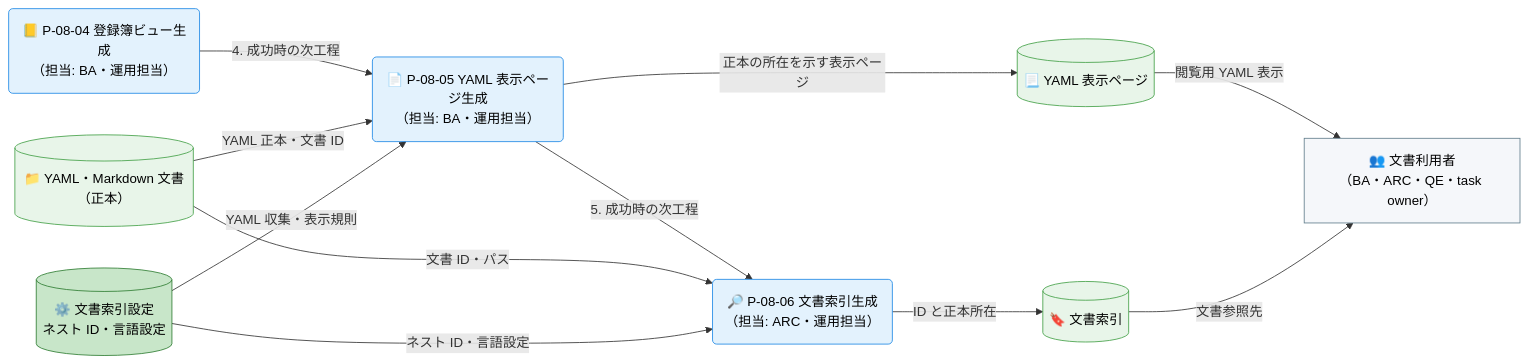
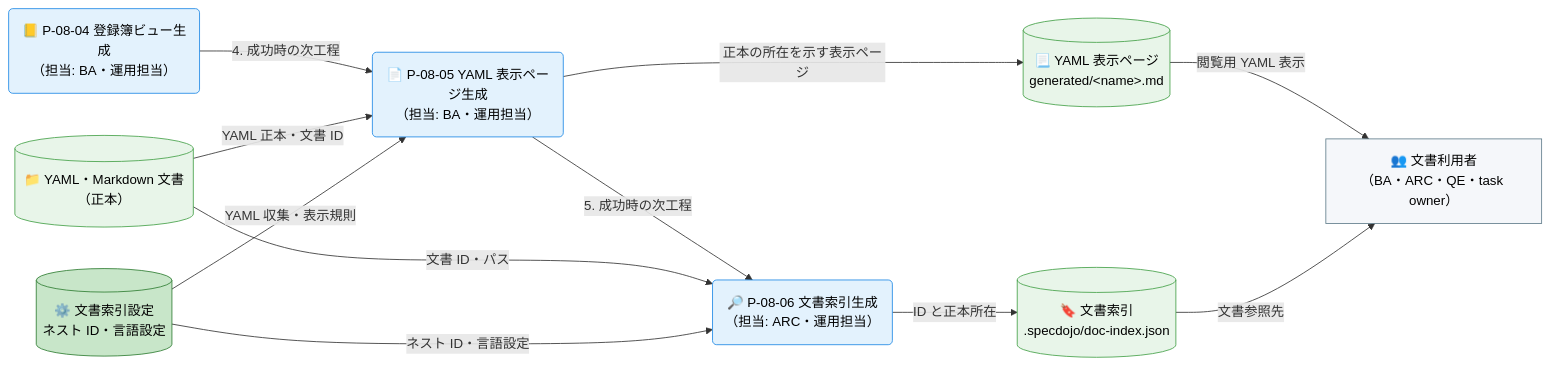
Before and after one commit to specdojo/specdojo: the second of 3 diagrams in docs/ja/product/010-business-specs/010-data-flow/cdfd-derived-content.md, drawn with Mermaid. The commit also changed other lines of this file and 31 other files, not shown here.

First line of the commit message:
exec(T-DATA-FLOW-cdfd-*-140): finalize remaining data-flow CDFDs

````diff
--- a/docs/ja/product/010-business-specs/010-data-flow/cdfd-derived-content.md
+++ b/docs/ja/product/010-business-specs/010-data-flow/cdfd-derived-content.md
@@ -124,36 +124,36 @@
 ```mermaid
 flowchart LR
   classDef process fill:#e3f2fd,stroke:#1e88e5,color:#000
   classDef storeMaster fill:#c8e6c9,stroke:#2e7d32,color:#000
   classDef storeTransaction fill:#e8f5e9,stroke:#43a047,color:#000
   classDef actor fill:#f5f7fa,stroke:#607d8b,color:#000
 
   文書利用者["👥 文書利用者<br>（BA・ARC・QE・task owner）"]
 
   登録簿ビュー生成("📒 P-08-04 登録簿ビュー生成<br>（担当: BA・運用担当）")
   YAML表示ページ生成("📄 P-08-05 YAML 表示ページ生成<br>（担当: BA・運用担当）")
   文書索引生成("🔎 P-08-06 文書索引生成<br>（担当: ARC・運用担当）")
 
   YAMLMarkdown文書[("📁 YAML・Markdown 文書（正本）")]
   文書索引設定[("⚙️ 文書索引設定<br>ネスト ID・言語設定")]
-  YAML表示ページ[("📃 YAML 表示ページ")]
-  文書索引[("🔖 文書索引")]
+  YAML表示ページ[("📃 YAML 表示ページ<br>generated/&lt;name&gt;.md")]
+  文書索引[("🔖 文書索引<br>.specdojo/doc-index.json")]
 
   登録簿ビュー生成 -->|"4. 成功時の次工程"| YAML表示ページ生成
   YAML表示ページ生成 -->|"5. 成功時の次工程"| 文書索引生成
 
   YAMLMarkdown文書 -->|"YAML 正本・文書 ID"| YAML表示ページ生成
   文書索引設定 -->|"YAML 収集・表示規則"| YAML表示ページ生成
   YAML表示ページ生成 -->|"正本の所在を示す表示ページ"| YAML表示ページ
   YAMLMarkdown文書 -->|"文書 ID・パス"| 文書索引生成
   文書索引設定 -->|"ネスト ID・言語設定"| 文書索引生成
   文書索引生成 -->|"ID と正本所在"| 文書索引
 
   YAML表示ページ -->|"閲覧用 YAML 表示"| 文書利用者
   文書索引 -->|"文書参照先"| 文書利用者
 
   class 登録簿ビュー生成,YAML表示ページ生成,文書索引生成 process
   class 文書索引設定 storeMaster
   class YAMLMarkdown文書,YAML表示ページ,文書索引 storeTransaction
   class 文書利用者 actor
 ```
````
